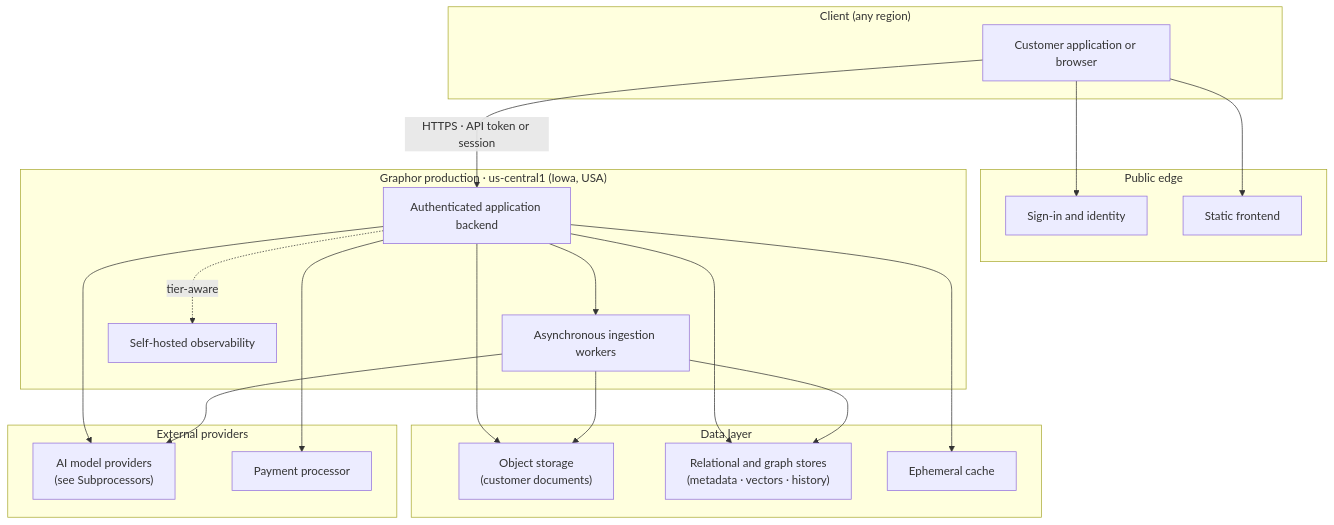
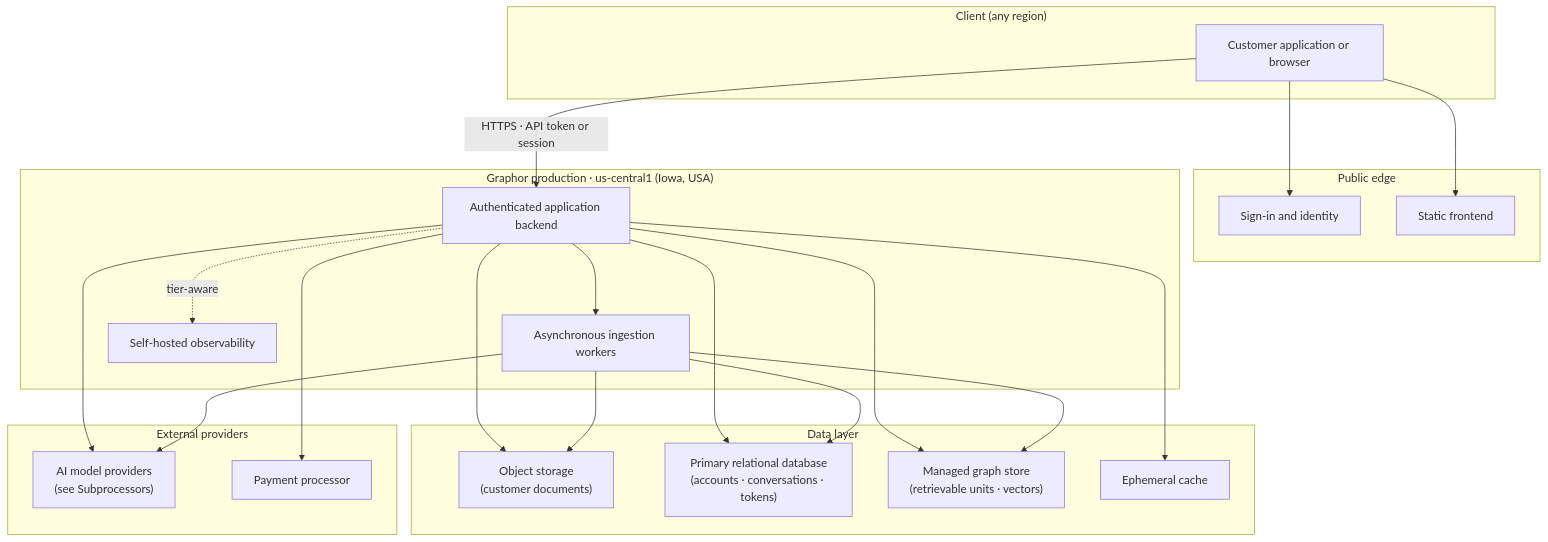
The first of 3 diagrams in trust/architecture.mdx (lucasfneves14/graphorlm-docs), drawn with Mermaid before and after one commit. The commit also changed other lines of this file and 13 other files, not shown here.

````diff
--- a/trust/architecture.mdx
+++ b/trust/architecture.mdx
@@ -18,42 +18,45 @@
 ```mermaid
 flowchart TB
     subgraph Client["Client (any region)"]
         APP["Customer application or browser"]
     end
 
     subgraph Edge["Public edge"]
         SIGNIN["Sign-in and identity"]
         STATIC["Static frontend"]
     end
 
     subgraph App["Graphor production · us-central1 (Iowa, USA)"]
         API["Authenticated application backend"]
         WORKERS["Asynchronous ingestion workers"]
         OBS["Self-hosted observability"]
     end
 
     subgraph Data["Data layer"]
         STORE["Object storage<br/>(customer documents)"]
-        DB["Relational and graph stores<br/>(metadata · vectors · history)"]
+        DB["Primary relational database<br/>(accounts · conversations · tokens)"]
+        GRAPH["Managed graph store<br/>(retrievable units · vectors)"]
         CACHE["Ephemeral cache"]
     end
 
     subgraph External["External providers"]
         AI["AI model providers<br/>(see Subprocessors)"]
         PAY["Payment processor"]
     end
 
     APP --> SIGNIN
     APP --> STATIC
     APP -->|HTTPS · API token or session| API
     API --> WORKERS
     API --> DB
+    API --> GRAPH
     API --> CACHE
     API --> STORE
     API --> AI
     API --> PAY
     API -. tier-aware .-> OBS
     WORKERS --> AI
     WORKERS --> STORE
     WORKERS --> DB
+    WORKERS --> GRAPH
 ```
````
